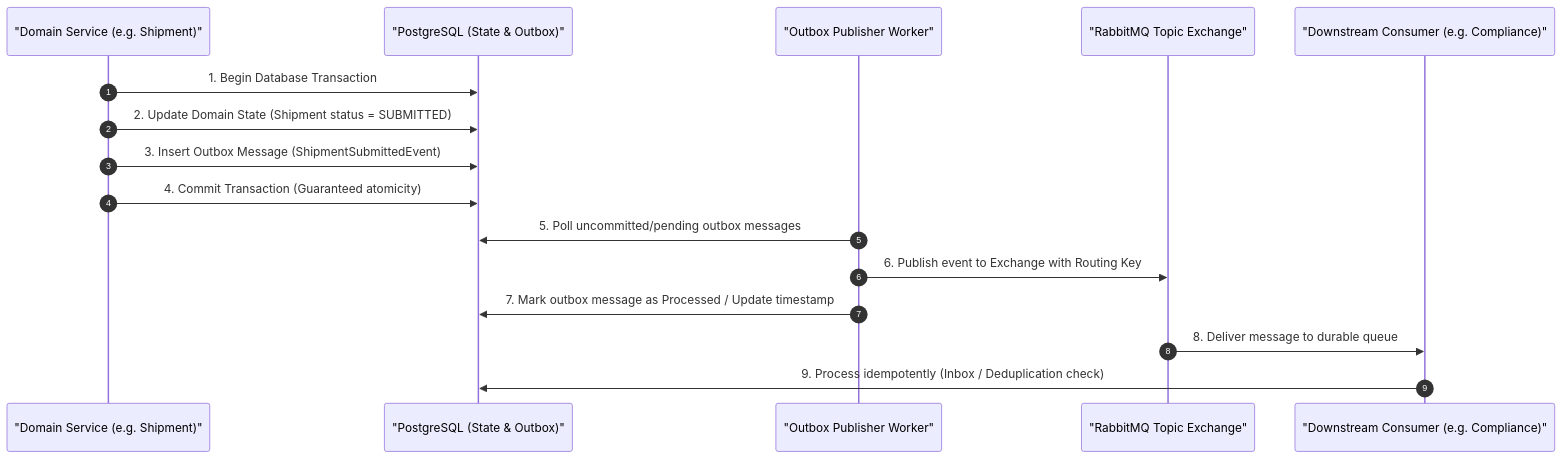
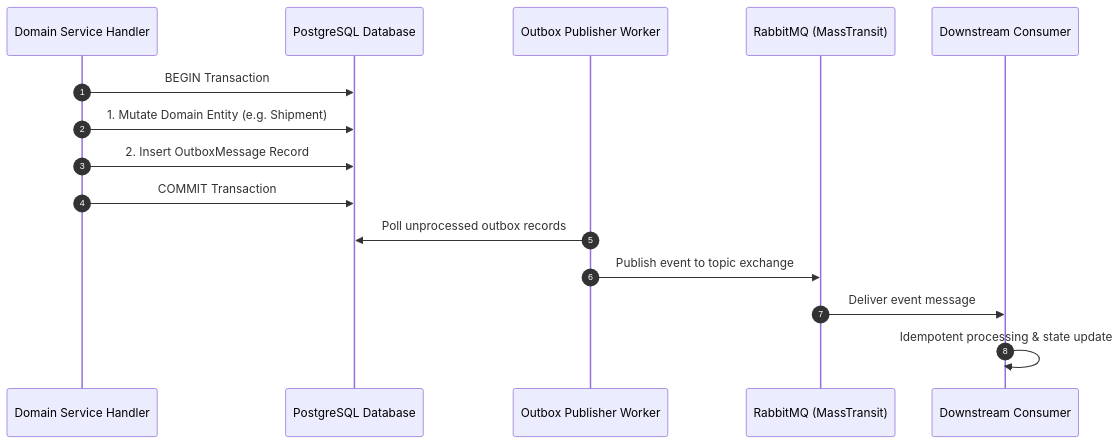
Before and after one commit to Logistics-Agent/aurora-server: the second of 2 diagrams in README.md, drawn with Mermaid. The commit also changed other lines of this file and 44 other files, not shown here.

````diff
--- a/README.md
+++ b/README.md
@@ -306,19 +164,18 @@
 ```mermaid
 sequenceDiagram
     autonumber
-    participant Service as "Domain Service (e.g. Shipment)"
-    participant DB as "PostgreSQL (State & Outbox)"
-    participant Publisher as "Outbox Publisher Worker"
-    participant Broker as "RabbitMQ Topic Exchange"
-    participant Consumer as "Downstream Consumer (e.g. Compliance)"
+    participant Service as Domain Service Handler
+    participant DB as PostgreSQL Database
+    participant Outbox as Outbox Publisher Worker
+    participant Bus as RabbitMQ (MassTransit)
+    participant Consumer as Downstream Consumer
 
-    Service->>DB: 1. Begin Database Transaction
-    Service->>DB: 2. Update Domain State (Shipment status = SUBMITTED)
-    Service->>DB: 3. Insert Outbox Message (ShipmentSubmittedEvent)
-    Service->>DB: 4. Commit Transaction (Guaranteed atomicity)
-    Publisher->>DB: 5. Poll uncommitted/pending outbox messages
-    Publisher->>Broker: 6. Publish event to Exchange with Routing Key
-    Publisher->>DB: 7. Mark outbox message as Processed / Update timestamp
-    Broker->>Consumer: 8. Deliver message to durable queue
-    Consumer->>DB: 9. Process idempotently (Inbox / Deduplication check)
+    Service->>DB: BEGIN Transaction
+    Service->>DB: 1. Mutate Domain Entity (e.g. Shipment)
+    Service->>DB: 2. Insert OutboxMessage Record
+    Service->>DB: COMMIT Transaction
+    Outbox->>DB: Poll unprocessed outbox records
+    Outbox->>Bus: Publish event to topic exchange
+    Bus->>Consumer: Deliver event message
+    Consumer->>Consumer: Idempotent processing & state update
 ```
````
